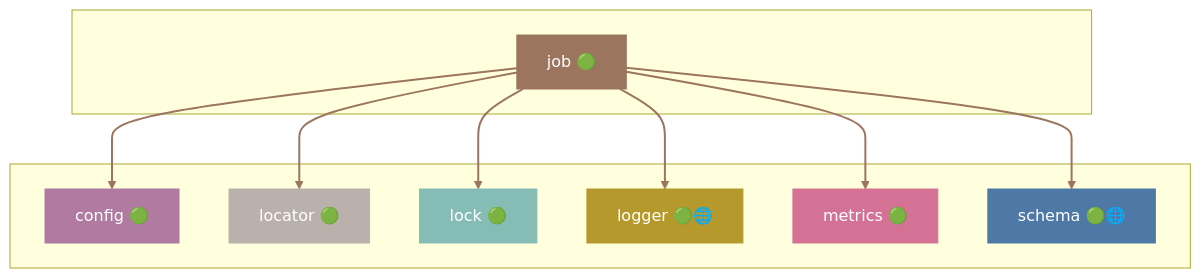
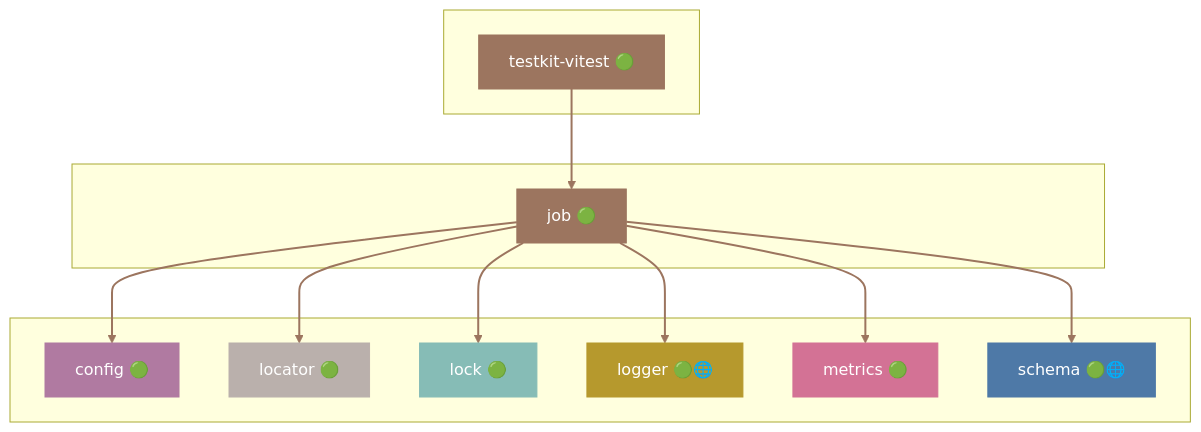
One commit to grest-ts/grest-ts changed diagram 28 of 49 in docs/DEPENDENCIES.md. Above: the diagram before and after it, drawn with Mermaid. The commit also changed other lines of this file and 21 other files, not shown here.

First line of the commit message:
job: testkit control; jobs wait for the test under GGTest

````diff
--- a/docs/DEPENDENCIES.md
+++ b/docs/DEPENDENCIES.md
@@ -1445,33 +1447,39 @@
 ```mermaid
 flowchart TB
+    subgraph Dependents[" "]
+        testkit-vitest["testkit-vitest 🟢"]
+    end
     subgraph Package[" "]
         job["job 🟢"]
     end
     subgraph Dependencies[" "]
         config["config 🟢"]
         locator["locator 🟢"]
         lock["lock 🟢"]
         logger["logger 🟢🌐"]
         metrics["metrics 🟢"]
         schema["schema 🟢🌐"]
     end
+    testkit-vitest --> job
     job --> config
     job --> locator
     job --> lock
     job --> logger
     job --> metrics
     job --> schema
     style job fill:#9C755F,stroke:#9C755F,color:#fff
+    style testkit-vitest fill:#9C755F,stroke:#9C755F,color:#fff
     style config fill:#B07AA1,stroke:#B07AA1,color:#fff
     style locator fill:#BAB0AC,stroke:#BAB0AC,color:#fff
     style lock fill:#86BCB6,stroke:#86BCB6,color:#fff
     style logger fill:#B6992D,stroke:#B6992D,color:#fff
     style metrics fill:#D37295,stroke:#D37295,color:#fff
     style schema fill:#4E79A7,stroke:#4E79A7,color:#fff
     linkStyle 0 stroke:#9C755F,stroke-width:2px
     linkStyle 1 stroke:#9C755F,stroke-width:2px
     linkStyle 2 stroke:#9C755F,stroke-width:2px
     linkStyle 3 stroke:#9C755F,stroke-width:2px
     linkStyle 4 stroke:#9C755F,stroke-width:2px
     linkStyle 5 stroke:#9C755F,stroke-width:2px
+    linkStyle 6 stroke:#9C755F,stroke-width:2px
 ```
````
